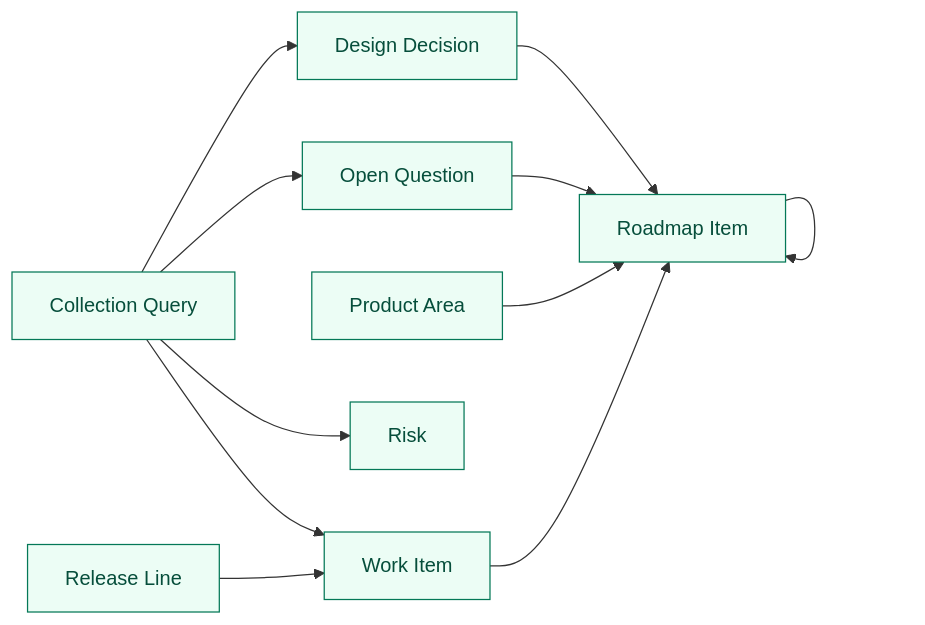
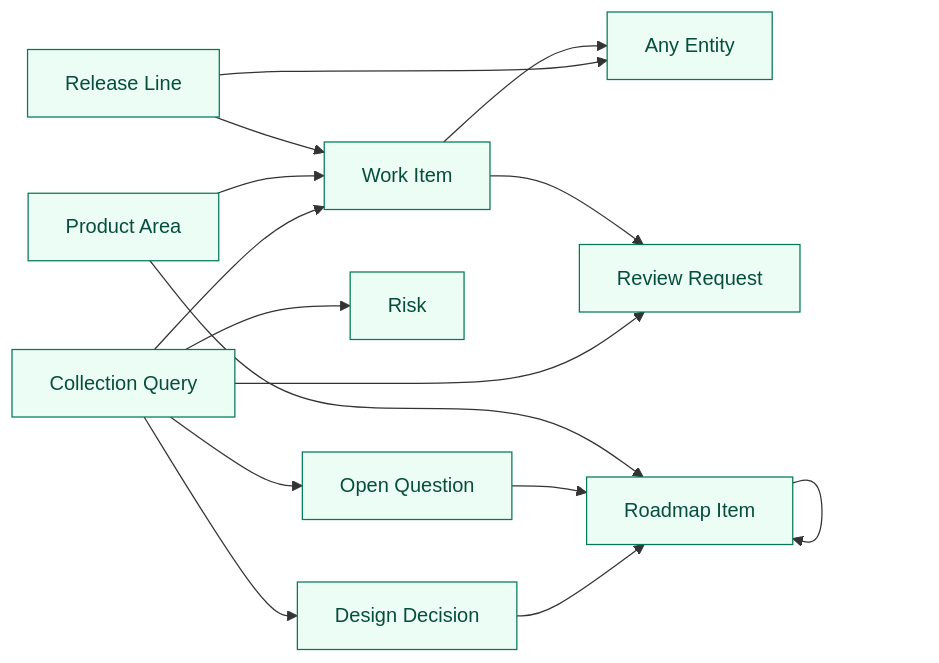
Before and after one commit to cruxible-ai/cruxible: the third of 3 diagrams in kits/project-state/README.md, drawn with Mermaid. The commit also changed other lines of this file and 2 other files, not shown here.

Commit message:
Surface roadmap gaps in project-state release readiness

````diff
--- a/kits/project-state/README.md
+++ b/kits/project-state/README.md
@@ -293,24 +297,30 @@
 ```mermaid
 flowchart LR
   classDef queryEntity fill:#ecfdf5,stroke:#047857,color:#064e3b
 
+  query_entity_AnyEntity["Any Entity"]
   query_entity_Collection_query["Collection Query"]
   query_entity_DesignDecision["Design Decision"]
   query_entity_OpenQuestion["Open Question"]
   query_entity_ProductArea["Product Area"]
   query_entity_ReleaseLine["Release Line"]
+  query_entity_ReviewRequest["Review Request"]
   query_entity_Risk["Risk"]
   query_entity_RoadmapItem["Roadmap Item"]
   query_entity_WorkItem["Work Item"]
-  class query_entity_Collection_query,query_entity_DesignDecision,query_entity_OpenQuestion,query_entity_ProductArea,query_entity_ReleaseLine,query_entity_Risk,query_entity_RoadmapItem,query_entity_WorkItem queryEntity
+  class query_entity_AnyEntity,query_entity_Collection_query,query_entity_DesignDecision,query_entity_OpenQuestion,query_entity_ProductArea,query_entity_ReleaseLine,query_entity_ReviewRequest,query_entity_Risk,query_entity_RoadmapItem,query_entity_WorkItem queryEntity
   query_entity_Collection_query --> query_entity_DesignDecision
   query_entity_Collection_query --> query_entity_OpenQuestion
+  query_entity_Collection_query --> query_entity_ReviewRequest
   query_entity_Collection_query --> query_entity_Risk
   query_entity_Collection_query --> query_entity_WorkItem
   query_entity_DesignDecision --> query_entity_RoadmapItem
   query_entity_OpenQuestion --> query_entity_RoadmapItem
   query_entity_ProductArea --> query_entity_RoadmapItem
+  query_entity_ProductArea --> query_entity_WorkItem
+  query_entity_ReleaseLine --> query_entity_AnyEntity
   query_entity_ReleaseLine --> query_entity_WorkItem
   query_entity_RoadmapItem --> query_entity_RoadmapItem
-  query_entity_WorkItem --> query_entity_RoadmapItem
+  query_entity_WorkItem --> query_entity_AnyEntity
+  query_entity_WorkItem --> query_entity_ReviewRequest
 ```
````
